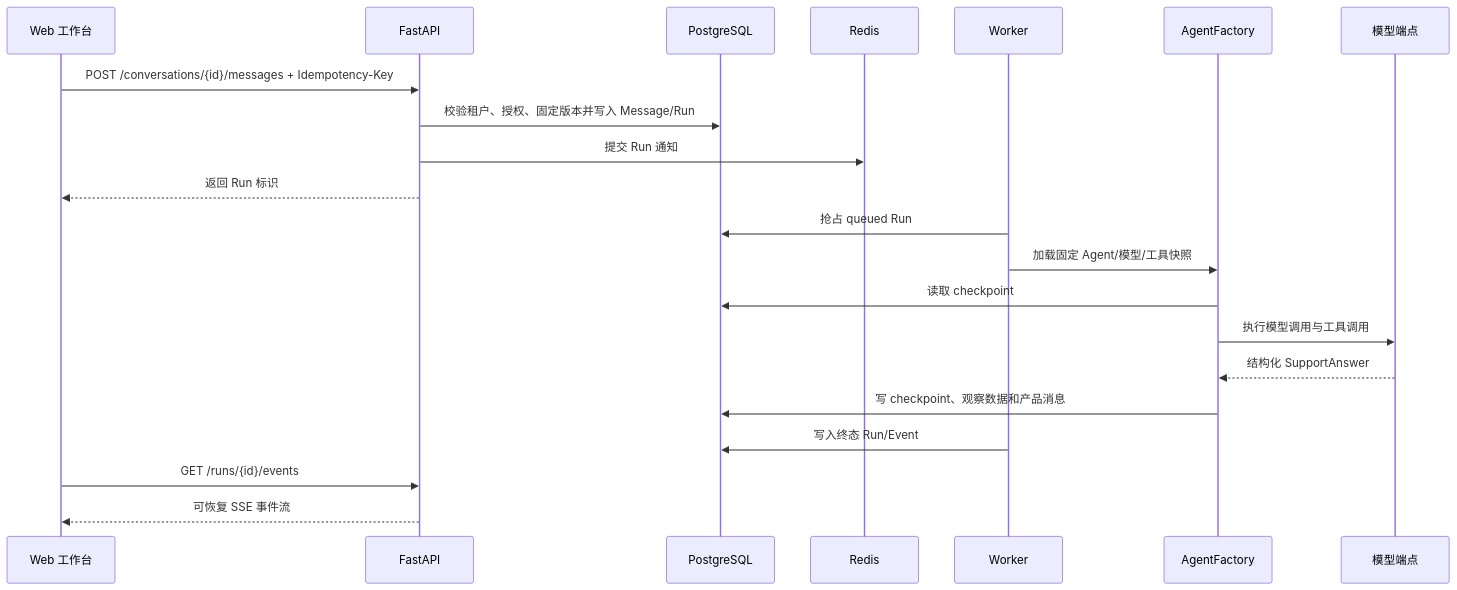
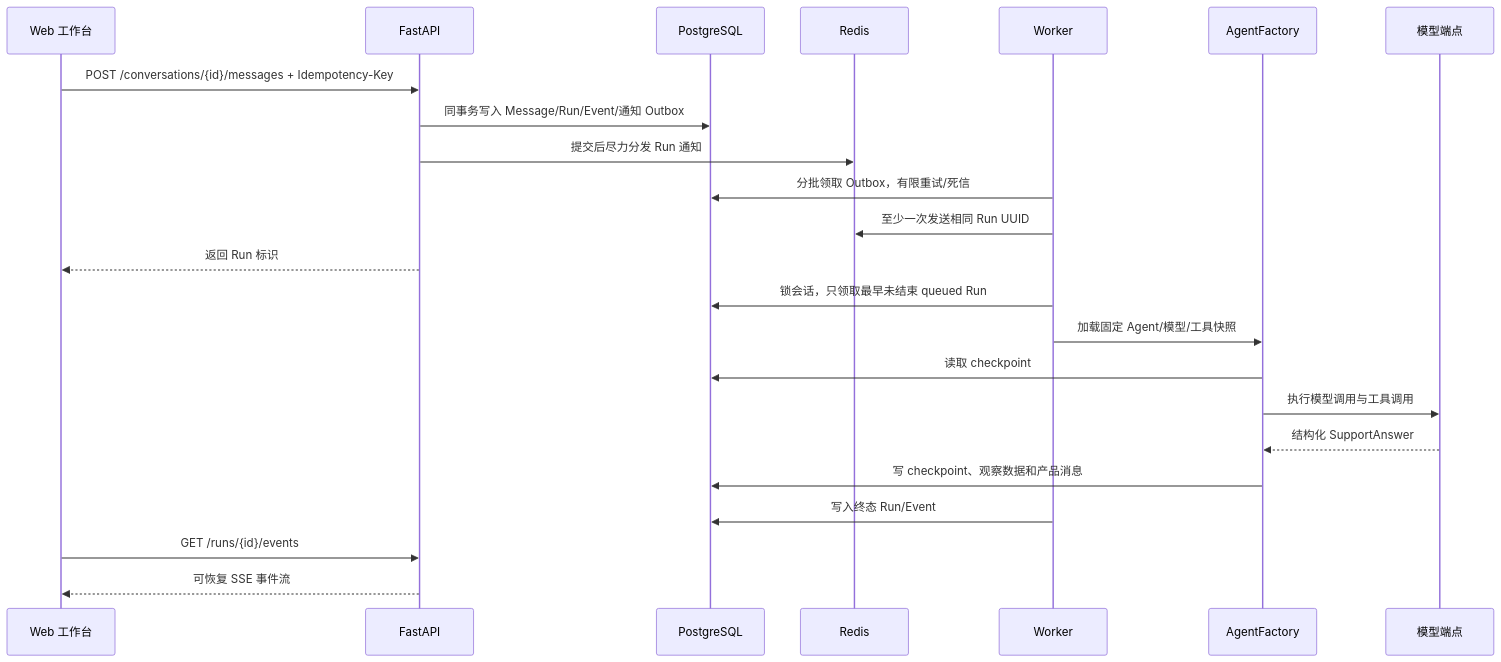
One commit to zdliuccit/supportops-agent changed the diagram in docs/02-runtime-flow.md. Above: the diagram before and after it, drawn with Mermaid. The commit also changed other lines of this file and 97 other files, not shown here.

````diff
--- a/docs/02-runtime-flow.md
+++ b/docs/02-runtime-flow.md
@@ -5,24 +5,26 @@
 ```mermaid
 sequenceDiagram
     participant UI as Web 工作台
     participant API as FastAPI
     participant DB as PostgreSQL
     participant Q as Redis
     participant W as Worker
     participant A as AgentFactory
     participant L as 模型端点
 
     UI->>API: POST /conversations/{id}/messages + Idempotency-Key
-    API->>DB: 校验租户、授权、固定版本并写入 Message/Run
-    API->>Q: 提交 Run 通知
+    API->>DB: 同事务写入 Message/Run/Event/通知 Outbox
+    API->>Q: 提交后尽力分发 Run 通知
+    W->>DB: 分批领取 Outbox，有限重试/死信
+    W->>Q: 至少一次发送相同 Run UUID
     API-->>UI: 返回 Run 标识
-    W->>DB: 抢占 queued Run
+    W->>DB: 锁会话，只领取最早未结束 queued Run
     W->>A: 加载固定 Agent/模型/工具快照
     A->>DB: 读取 checkpoint
     A->>L: 执行模型调用与工具调用
     L-->>A: 结构化 SupportAnswer
     A->>DB: 写 checkpoint、观察数据和产品消息
     W->>DB: 写入终态 Run/Event
     UI->>API: GET /runs/{id}/events
     API-->>UI: 可恢复 SSE 事件流
 ```
````
